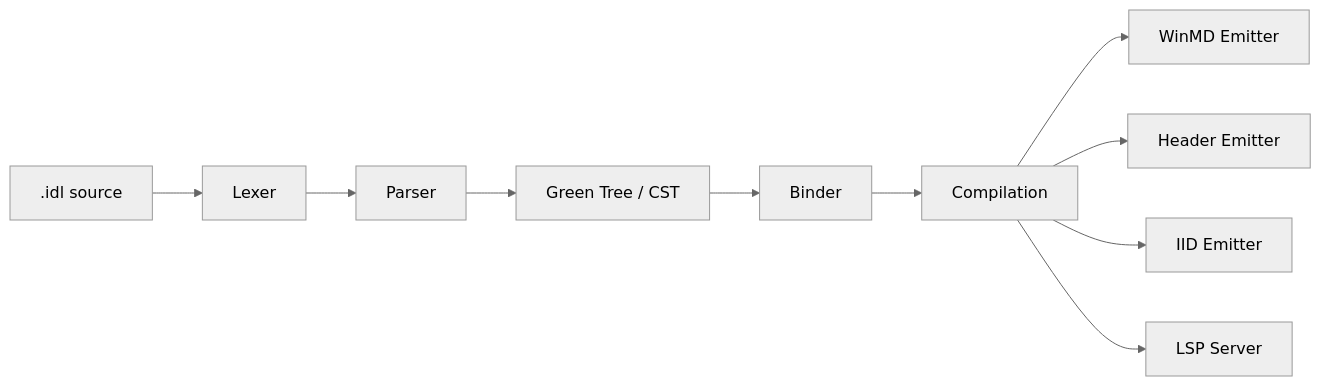
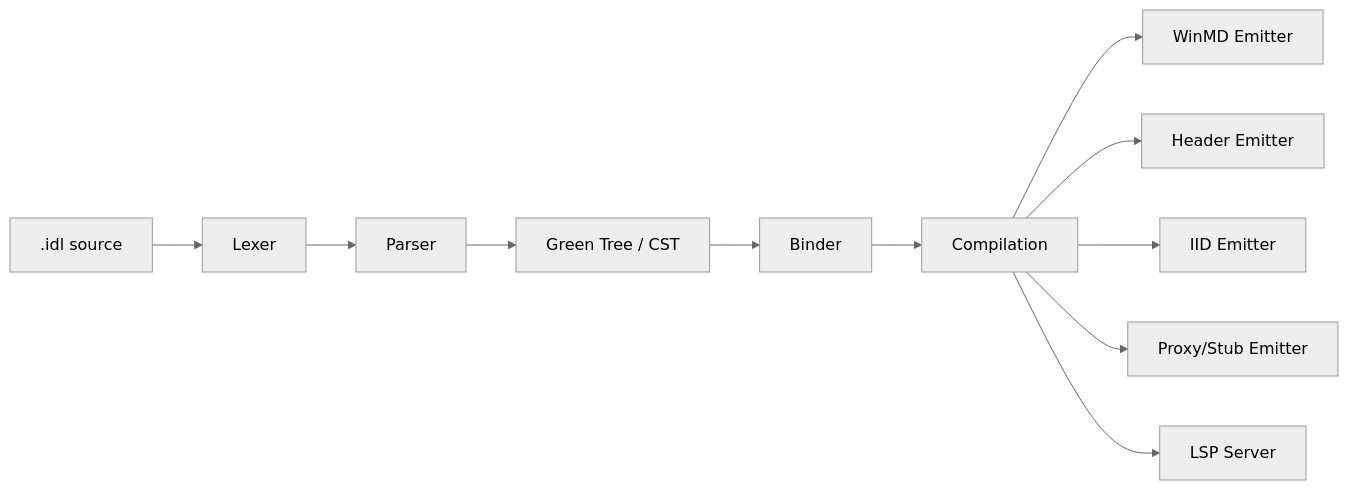
The diagram in README.md (asklar/WinMIDL), drawn with Mermaid (neutral theme) before and after one commit. The commit also changed other lines of this file and 1 other file, not shown here.

````diff
--- a/README.md
+++ b/README.md
@@ -82,12 +92,13 @@
 ```mermaid
 graph LR
     A[".idl source"] --> B[Lexer]
     B --> C[Parser]
     C --> D[Green Tree / CST]
     D --> E[Binder]
     E --> F[Compilation]
     F --> G[WinMD Emitter]
     F --> H[Header Emitter]
     F --> I[IID Emitter]
+    F --> K[Proxy/Stub Emitter]
     F --> J[LSP Server]
 ```
````
